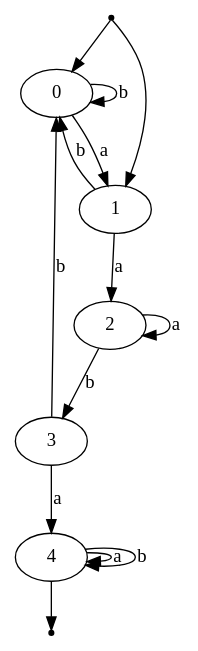
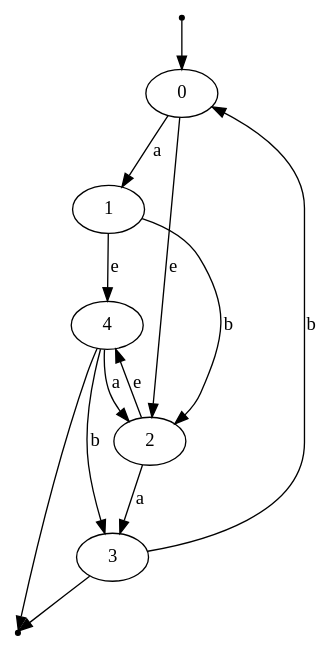
One commit to omarelhorre/automate changed the diagram in demo.dot. Above: the diagram before and after it, drawn with Graphviz. The commit also changed 2 other files, not shown here.

```diff
--- a/demo.dot
+++ b/demo.dot
@@ -1,17 +1,16 @@
 digraph G {
     init [shape=point];
     fin [shape=point];
     init -> 0;
-    init -> 1;
-    0 -> 0 [label="b"];
     0 -> 1 [label="a"];
-    1 -> 0 [label="b"];
-    1 -> 2 [label="a"];
-    2 -> 2 [label="a"];
-    2 -> 3 [label="b"];
+    1 -> 4 [label="e"];
+    1 -> 2 [label="b"];
+    0 -> 2 [label="e"];
+    2 -> 4 [label="e"];
+    2 -> 3 [label="a"];
     3 -> 0 [label="b"];
-    3 -> 4 [label="a"];
-    4 -> 4 [label="a"];
-    4 -> 4 [label="b"];
+    4 -> 3 [label="b"];
+    4 -> 2 [label="a"];
     4 -> fin;
+    3 -> fin;
 }
```
